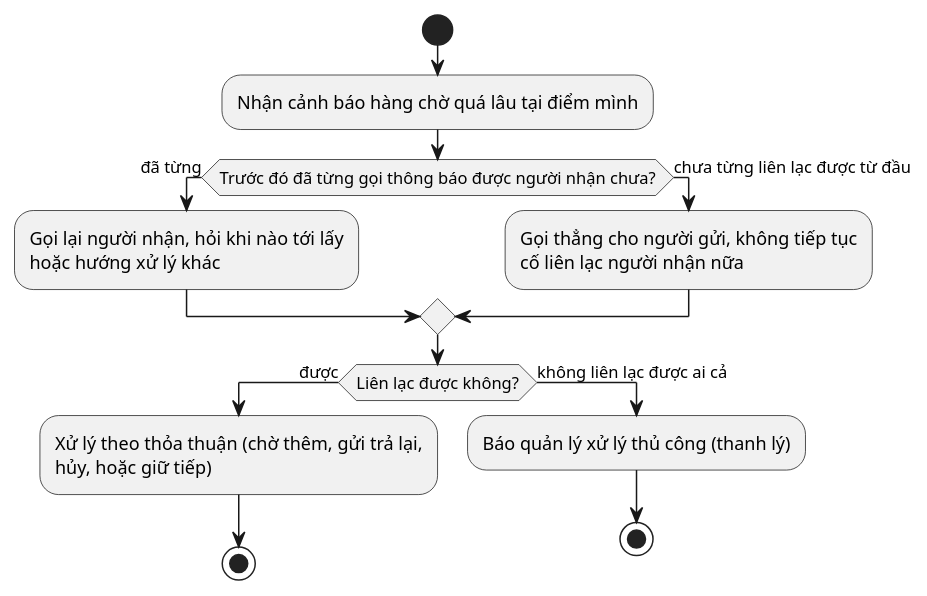
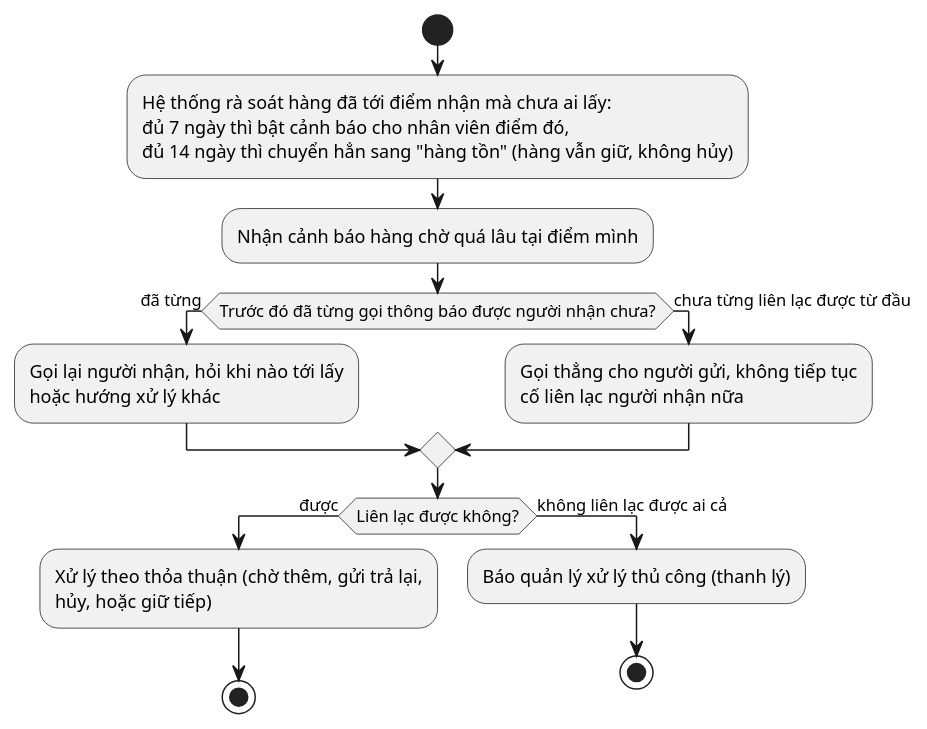
Diagram 34 of 53 in UML_DIAGRAMS.md (nguyenvietanhit19/Project1_HeThongQuanLyNhaXeKhachLienTinh), drawn with PlantUML before and after one commit. The commit also changed other lines of this file and 316 other files, not shown here.

````diff
--- a/UML_DIAGRAMS.md
+++ b/UML_DIAGRAMS.md
@@ -876,18 +1071,19 @@
 ```plantuml
 @startuml AD_UC25_HangQuaHan
 start
+:Hệ thống rà soát hàng đã tới điểm nhận mà chưa ai lấy:\nđủ 7 ngày thì bật cảnh báo cho nhân viên điểm đó,\nđủ 14 ngày thì chuyển hẳn sang "hàng tồn" (hàng vẫn giữ, không hủy);
 :Nhận cảnh báo hàng chờ quá lâu tại điểm mình;
 if (Trước đó đã từng gọi thông báo được người nhận chưa?) then (đã từng)
   :Gọi lại người nhận, hỏi khi nào tới lấy\nhoặc hướng xử lý khác;
 else (chưa từng liên lạc được từ đầu)
   :Gọi thẳng cho người gửi, không tiếp tục\ncố liên lạc người nhận nữa;
 endif
 if (Liên lạc được không?) then (được)
   :Xử lý theo thỏa thuận (chờ thêm, gửi trả lại,\nhủy, hoặc giữ tiếp);
   stop
 else (không liên lạc được ai cả)
   :Báo quản lý xử lý thủ công (thanh lý);
   stop
 endif
 @enduml
 ```
````
